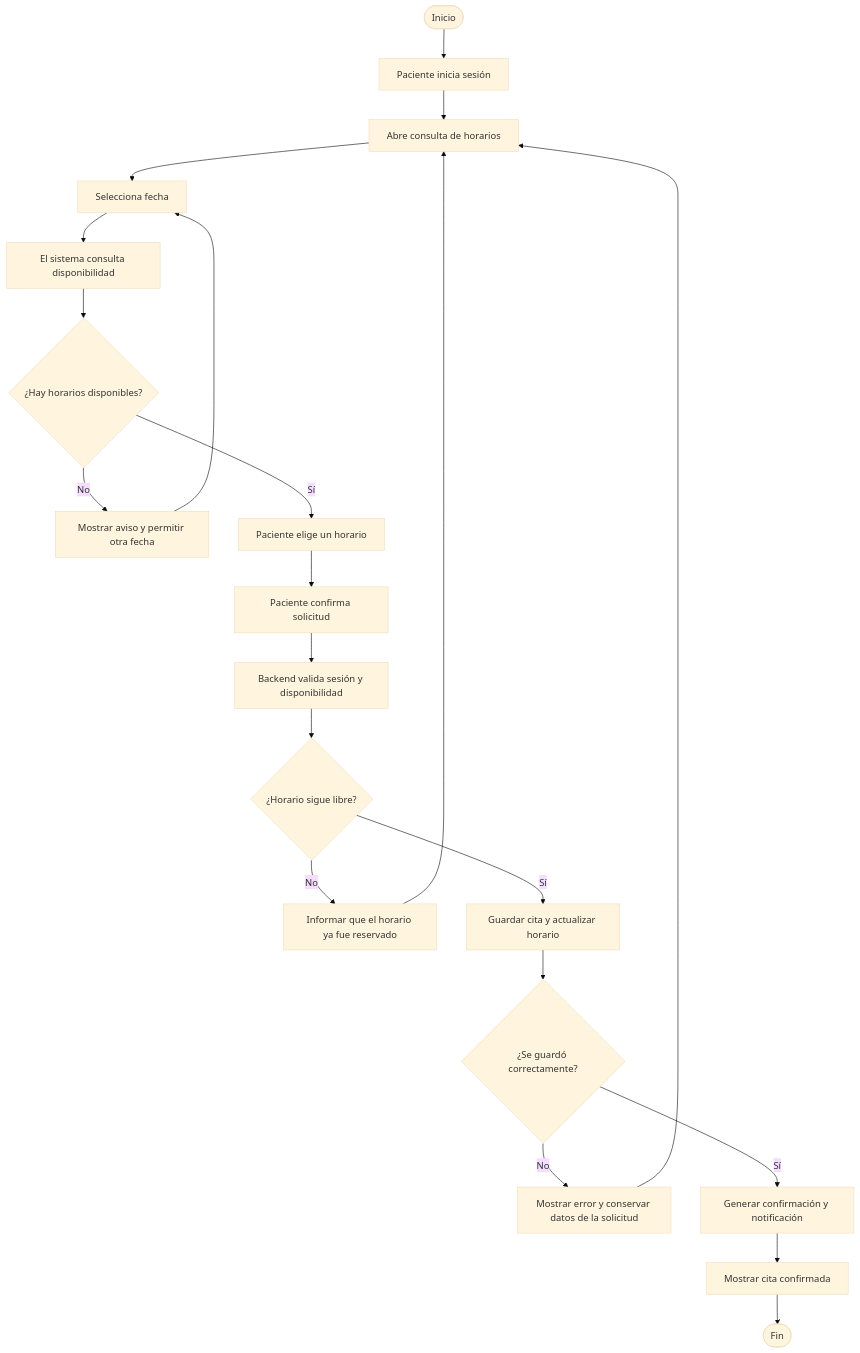
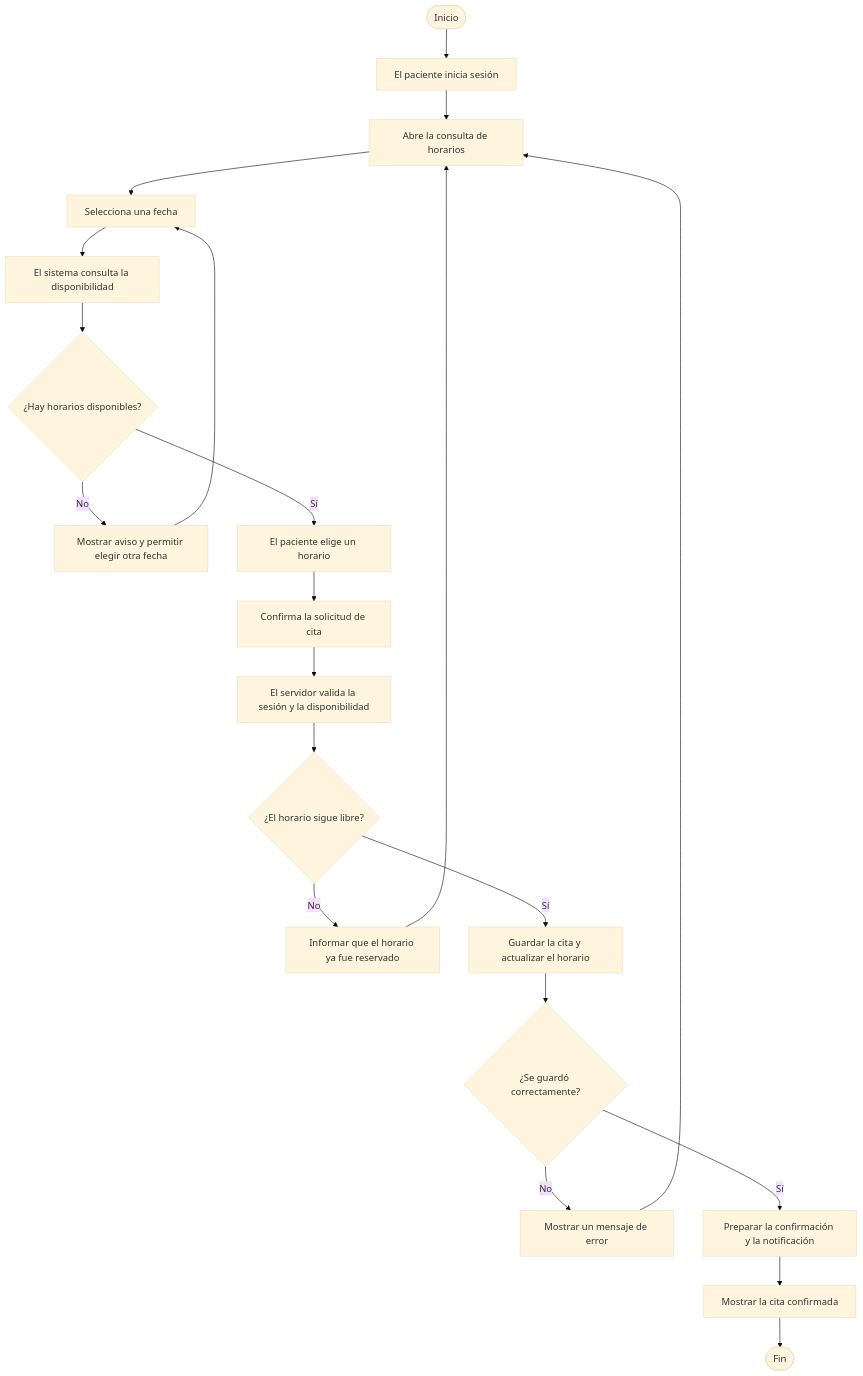
Before and after one commit to AlanRGG/sistema-citas-medicas: the diagram in docs/uml/04-diagrama-de-actividad.mmd, drawn with Mermaid (base theme).

Commit message:
docs: traducir diagrama de actividad al español

```diff
--- a/docs/uml/04-diagrama-de-actividad.mmd
+++ b/docs/uml/04-diagrama-de-actividad.mmd
@@ -1,21 +1,21 @@
 flowchart TD
-    A([Inicio]) --> B[Paciente inicia sesión]
-    B --> C[Abre consulta de horarios]
-    C --> D[Selecciona fecha]
-    D --> E[El sistema consulta disponibilidad]
+    A([Inicio]) --> B[El paciente inicia sesión]
+    B --> C[Abre la consulta de horarios]
+    C --> D[Selecciona una fecha]
+    D --> E[El sistema consulta la disponibilidad]
     E --> F{¿Hay horarios disponibles?}
-    F -- No --> G[Mostrar aviso y permitir otra fecha]
+    F -- No --> G[Mostrar aviso y permitir elegir otra fecha]
     G --> D
-    F -- Sí --> H[Paciente elige un horario]
-    H --> I[Paciente confirma solicitud]
-    I --> J[Backend valida sesión y disponibilidad]
-    J --> K{¿Horario sigue libre?}
+    F -- Sí --> H[El paciente elige un horario]
+    H --> I[Confirma la solicitud de cita]
+    I --> J[El servidor valida la sesión y la disponibilidad]
+    J --> K{¿El horario sigue libre?}
     K -- No --> L[Informar que el horario ya fue reservado]
     L --> C
-    K -- Sí --> M[Guardar cita y actualizar horario]
+    K -- Sí --> M[Guardar la cita y actualizar el horario]
     M --> N{¿Se guardó correctamente?}
-    N -- No --> O[Mostrar error y conservar datos de la solicitud]
+    N -- No --> O[Mostrar un mensaje de error]
     O --> C
-    N -- Sí --> P[Generar confirmación y notificación]
-    P --> Q[Mostrar cita confirmada]
+    N -- Sí --> P[Preparar la confirmación y la notificación]
+    P --> Q[Mostrar la cita confirmada]
     Q --> R([Fin])
```
